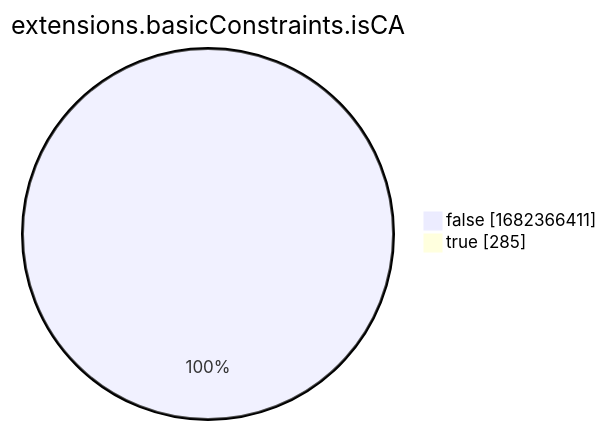
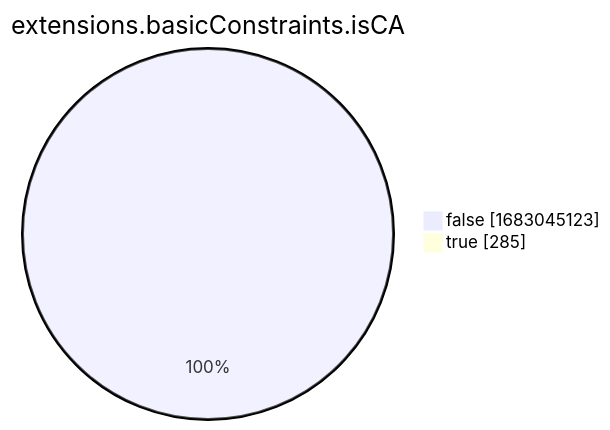
The eighth of 15 diagrams in xenon2022/README.md (christiankrug/ctmonitor_visualization), drawn with Mermaid before and after one commit. The commit also changed other lines of this file, not shown here.

````diff
--- a/xenon2022/README.md
+++ b/xenon2022/README.md
@@ -2865,6 +2865,6 @@
 ```mermaid
 pie showData
 title extensions.basicConstraints.isCA
-"false" :1682366411
+"false" :1683045123
 "true" :285
 ```
````
